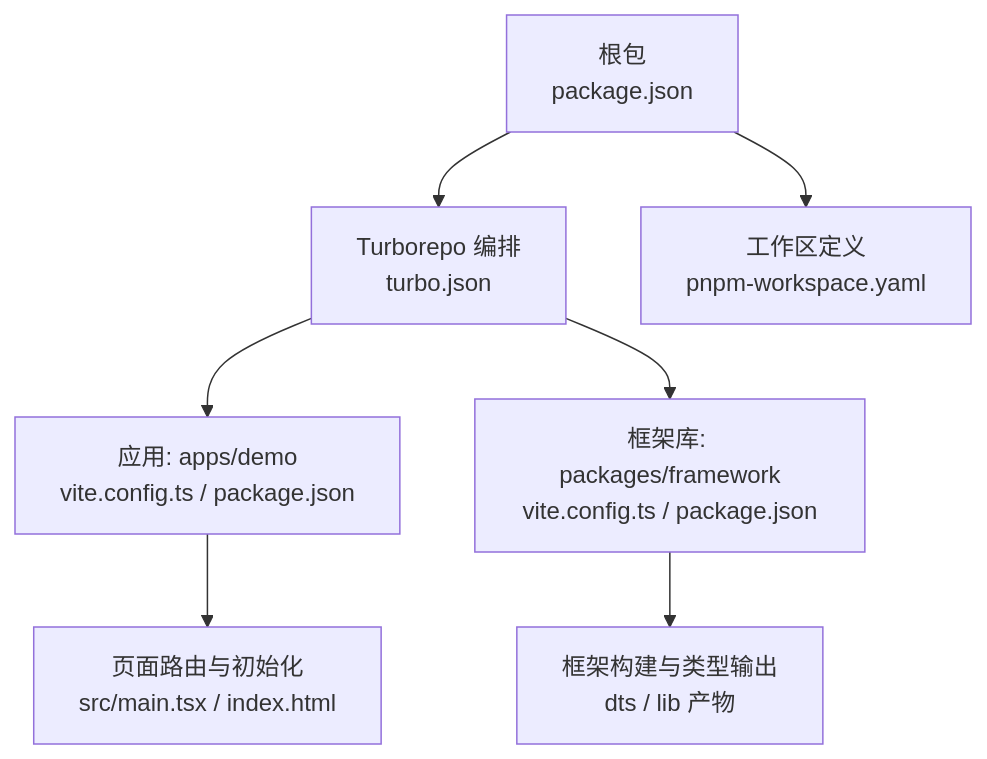
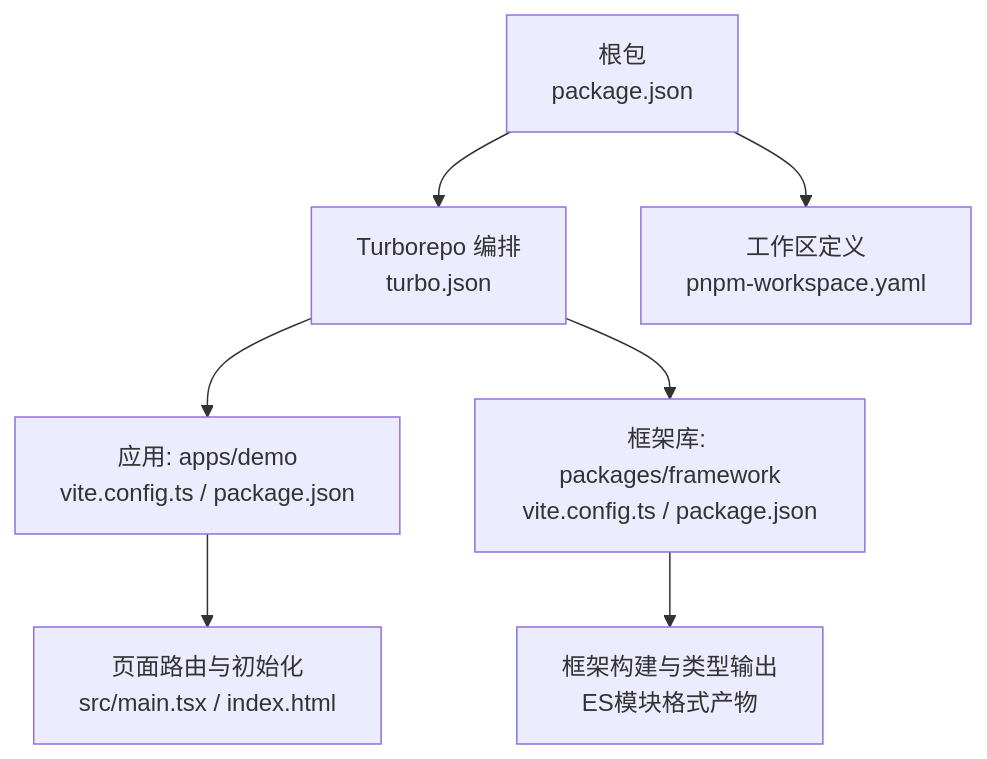
The first of 3 diagrams in .qoder/repowiki/zh/content/部署运维.md (liqiongke/FrontArk), drawn with Mermaid before and after one commit. The commit also changed other lines of this file and 17 other files, not shown here.

````diff
--- a/.qoder/repowiki/zh/content/部署运维.md
+++ b/.qoder/repowiki/zh/content/部署运维.md
@@ -42,9 +48,9 @@
 ```mermaid
 graph TB
 A["根包<br/>package.json"] --> B["Turborepo 编排<br/>turbo.json"]
 A --> C["工作区定义<br/>pnpm-workspace.yaml"]
 B --> D["应用: apps/demo<br/>vite.config.ts / package.json"]
 B --> E["框架库: packages/framework<br/>vite.config.ts / package.json"]
 D --> F["页面路由与初始化<br/>src/main.tsx / index.html"]
-E --> G["框架构建与类型输出<br/>dts / lib 产物"]
+E --> G["框架构建与类型输出<br/>ES模块格式产物"]
 ```
````
